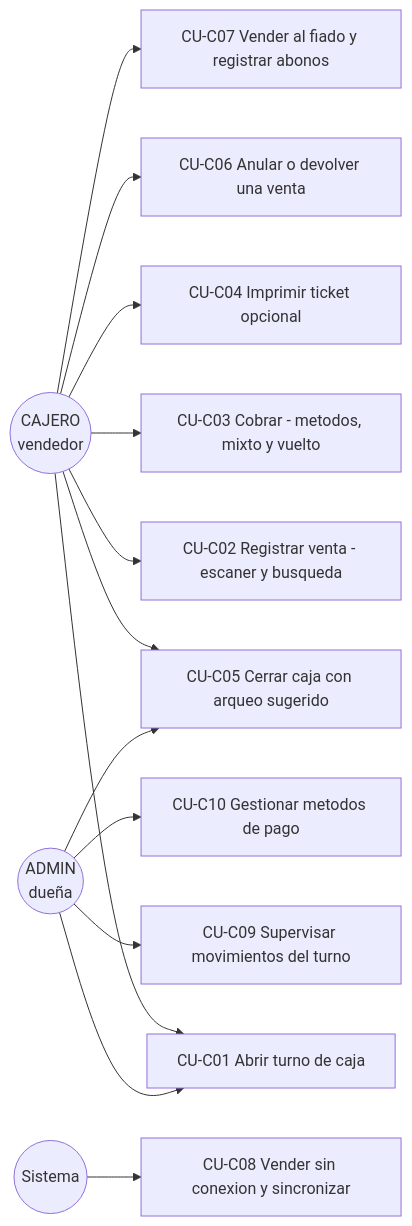
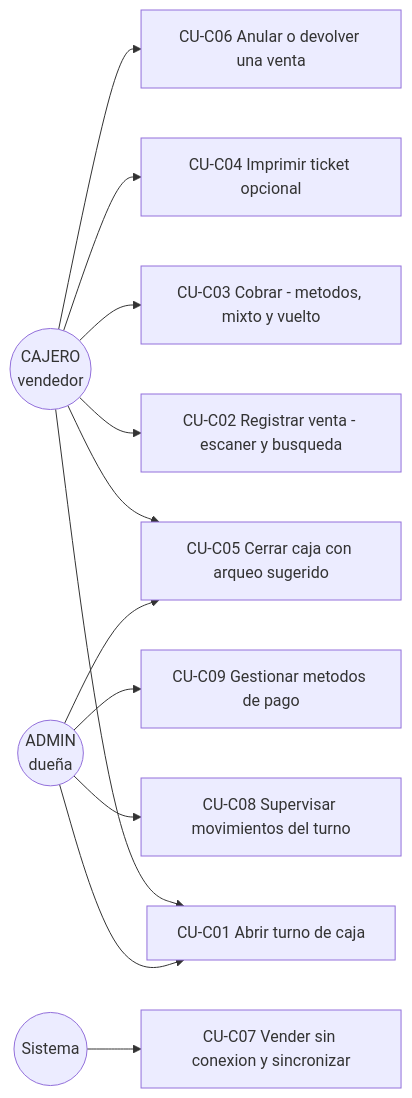
One commit to Kodiak-Technologies/Project-K.I.O.S.K.O changed the diagram in docs/CAMBIOS-CLEVER/CASOS_DE_USO_MODULO_C.md. Above: the diagram before and after it, drawn with Mermaid. The commit also changed other lines of this file and 43 other files, not shown here.

````diff
--- a/docs/CAMBIOS-CLEVER/CASOS_DE_USO_MODULO_C.md
+++ b/docs/CAMBIOS-CLEVER/CASOS_DE_USO_MODULO_C.md
@@ -7,30 +7,28 @@
 ```mermaid
 flowchart LR
     CAJERO((CAJERO<br/>vendedor))
     ADMIN((ADMIN<br/>dueña))
     SISTEMA((Sistema))
 
     CU1[CU-C01 Abrir turno de caja]
     CU2[CU-C02 Registrar venta - escaner y busqueda]
     CU3[CU-C03 Cobrar - metodos, mixto y vuelto]
     CU4[CU-C04 Imprimir ticket opcional]
     CU5[CU-C05 Cerrar caja con arqueo sugerido]
     CU6[CU-C06 Anular o devolver una venta]
-    CU7[CU-C07 Vender al fiado y registrar abonos]
-    CU8[CU-C08 Vender sin conexion y sincronizar]
-    CU9[CU-C09 Supervisar movimientos del turno]
-    CU10[CU-C10 Gestionar metodos de pago]
+    CU7[CU-C07 Vender sin conexion y sincronizar]
+    CU8[CU-C08 Supervisar movimientos del turno]
+    CU9[CU-C09 Gestionar metodos de pago]
 
     CAJERO --> CU1
     CAJERO --> CU2
     CAJERO --> CU3
     CAJERO --> CU4
     CAJERO --> CU5
     CAJERO --> CU6
-    CAJERO --> CU7
-    SISTEMA --> CU8
+    SISTEMA --> CU7
     ADMIN --> CU1
     ADMIN --> CU5
+    ADMIN --> CU8
     ADMIN --> CU9
-    ADMIN --> CU10
 ```
````
